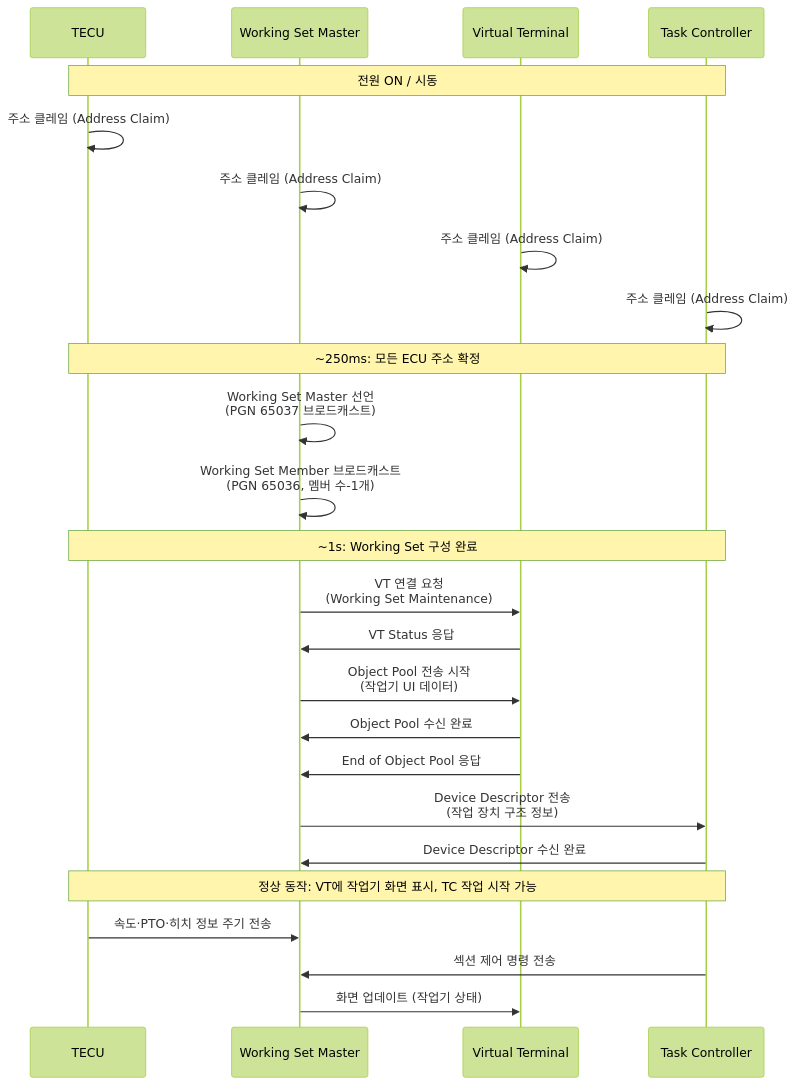
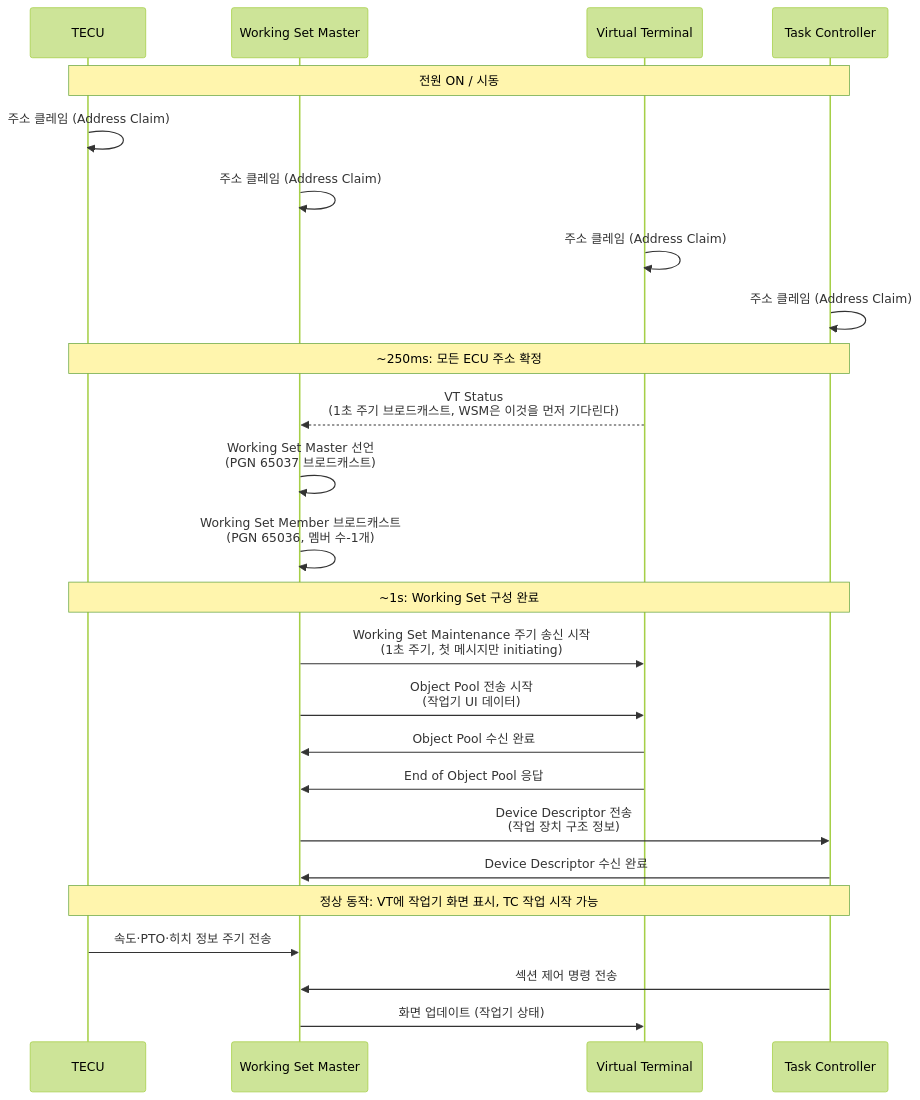
One commit to hobeen-kim/hobeen-kim.github.io changed the third of 3 diagrams in docs/_study/isobus/13-isobus-architecture.md. Above: the diagram before and after it, drawn with Mermaid (forest theme). The commit also changed other lines of this file and 232 other files, not shown here.

````diff
--- a/docs/_study/isobus/13-isobus-architecture.md
+++ b/docs/_study/isobus/13-isobus-architecture.md
@@ -135,37 +141,38 @@
 ```mermaid
 sequenceDiagram
     participant TECU as TECU
     participant WSM as Working Set Master
     participant VT as Virtual Terminal
     participant TC as Task Controller
 
     Note over TECU,TC: 전원 ON / 시동
 
     TECU->>TECU: 주소 클레임 (Address Claim)
     WSM->>WSM: 주소 클레임 (Address Claim)
     VT->>VT: 주소 클레임 (Address Claim)
     TC->>TC: 주소 클레임 (Address Claim)
 
     Note over TECU,TC: ~250ms: 모든 ECU 주소 확정
 
+    VT-->>WSM: VT Status<br>(1초 주기 브로드캐스트, WSM은 이것을 먼저 기다린다)
+
     WSM->>WSM: Working Set Master 선언<br>(PGN 65037 브로드캐스트)
     WSM->>WSM: Working Set Member 브로드캐스트<br>(PGN 65036, 멤버 수-1개)
 
     Note over TECU,TC: ~1s: Working Set 구성 완료
 
-    WSM->>VT: VT 연결 요청<br>(Working Set Maintenance)
-    VT->>WSM: VT Status 응답
+    WSM->>VT: Working Set Maintenance 주기 송신 시작<br>(1초 주기, 첫 메시지만 initiating)
 
     WSM->>VT: Object Pool 전송 시작<br>(작업기 UI 데이터)
     VT->>WSM: Object Pool 수신 완료
     VT->>WSM: End of Object Pool 응답
 
     WSM->>TC: Device Descriptor 전송<br>(작업 장치 구조 정보)
     TC->>WSM: Device Descriptor 수신 완료
 
     Note over TECU,TC: 정상 동작: VT에 작업기 화면 표시, TC 작업 시작 가능
 
     TECU->>WSM: 속도·PTO·히치 정보 주기 전송
     TC->>WSM: 섹션 제어 명령 전송
     WSM->>VT: 화면 업데이트 (작업기 상태)
 ```
````
